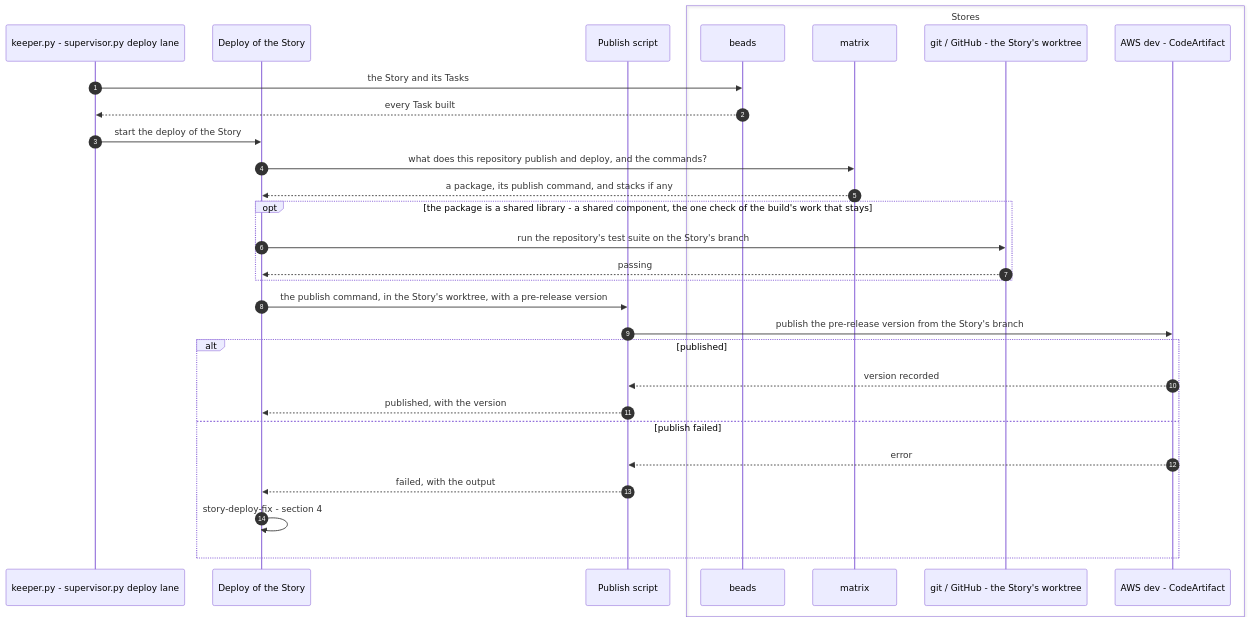
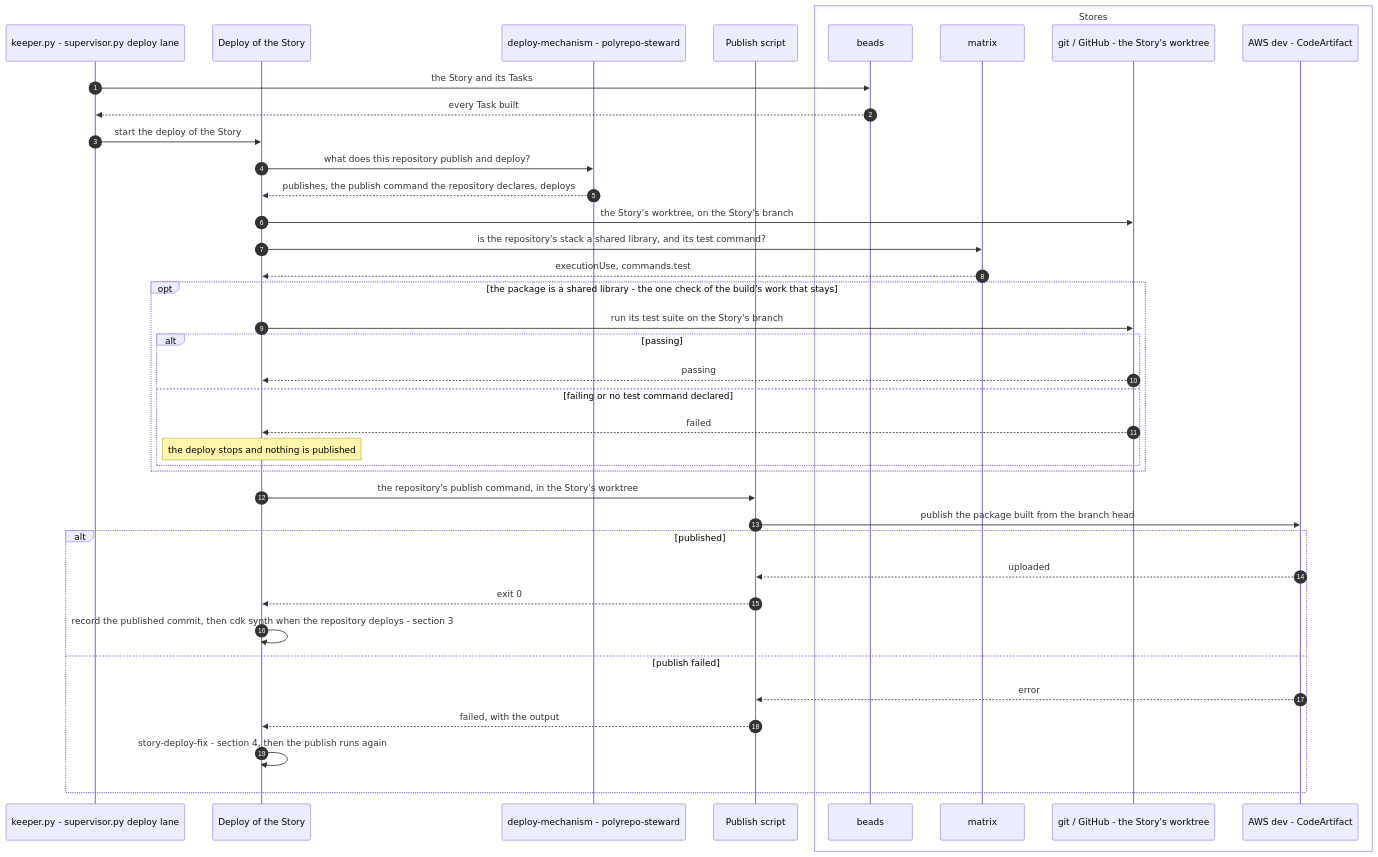
Before and after one commit to mark-satterfield/toolset: the second of 9 diagrams in plugins/agent-teams-workforce/blueprint/design/pipelines-deploy.md, drawn with Mermaid. The commit also changed other lines of this file and 2 other files, not shown here.

First line of the commit message:
docs(agent-teams-workforce): describe the one publish the Story deploy runs

````diff
--- a/plugins/agent-teams-workforce/blueprint/design/pipelines-deploy.md
+++ b/plugins/agent-teams-workforce/blueprint/design/pipelines-deploy.md
@@ -156,33 +159,43 @@
 ```mermaid
 sequenceDiagram
     autonumber
     participant K as keeper.py - supervisor.py deploy lane
     participant DW as Deploy of the Story
+    participant ST as deploy-mechanism - polyrepo-steward
     participant RUN as Publish script
     box Stores
         participant BD as beads
         participant MX as matrix
         participant G as git / GitHub - the Story's worktree
         participant AWS as AWS dev - CodeArtifact
     end
 
     K->>BD: the Story and its Tasks
     BD-->>K: every Task built
     K->>DW: start the deploy of the Story
-    DW->>MX: what does this repository publish and deploy, and the commands?
-    MX-->>DW: a package, its publish command, and stacks if any
-    opt the package is a shared library - a shared component, the one check of the build's work that stays
-        DW->>G: run the repository's test suite on the Story's branch
-        G-->>DW: passing
+    DW->>ST: what does this repository publish and deploy?
+    ST-->>DW: publishes, the publish command the repository declares, deploys
+    DW->>G: the Story's worktree, on the Story's branch
+    DW->>MX: is the repository's stack a shared library, and its test command?
+    MX-->>DW: executionUse, commands.test
+    opt the package is a shared library - the one check of the build's work that stays
+        DW->>G: run its test suite on the Story's branch
+        alt passing
+            G-->>DW: passing
+        else failing or no test command declared
+            G-->>DW: failed
+            Note over DW: the deploy stops and nothing is published
+        end
     end
-    DW->>RUN: the publish command, in the Story's worktree, with a pre-release version
-    RUN->>AWS: publish the pre-release version from the Story's branch
+    DW->>RUN: the repository's publish command, in the Story's worktree
+    RUN->>AWS: publish the package built from the branch head
     alt published
-        AWS-->>RUN: version recorded
-        RUN-->>DW: published, with the version
+        AWS-->>RUN: uploaded
+        RUN-->>DW: exit 0
+        DW->>DW: record the published commit, then cdk synth when the repository deploys - section 3
     else publish failed
         AWS-->>RUN: error
         RUN-->>DW: failed, with the output
-        DW->>DW: story-deploy-fix - section 4
+        DW->>DW: story-deploy-fix - section 4, then the publish runs again
     end
 ```
````
